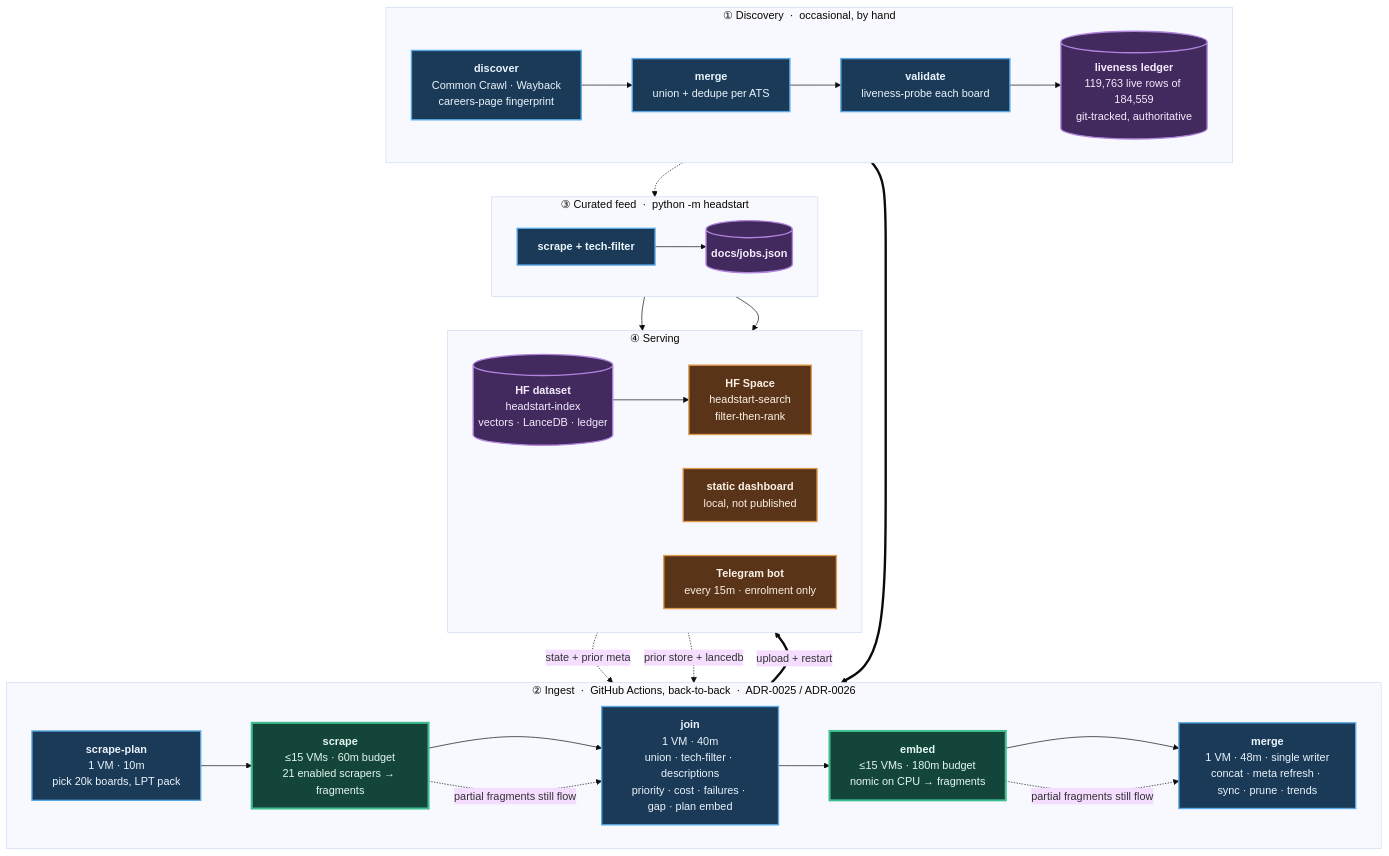
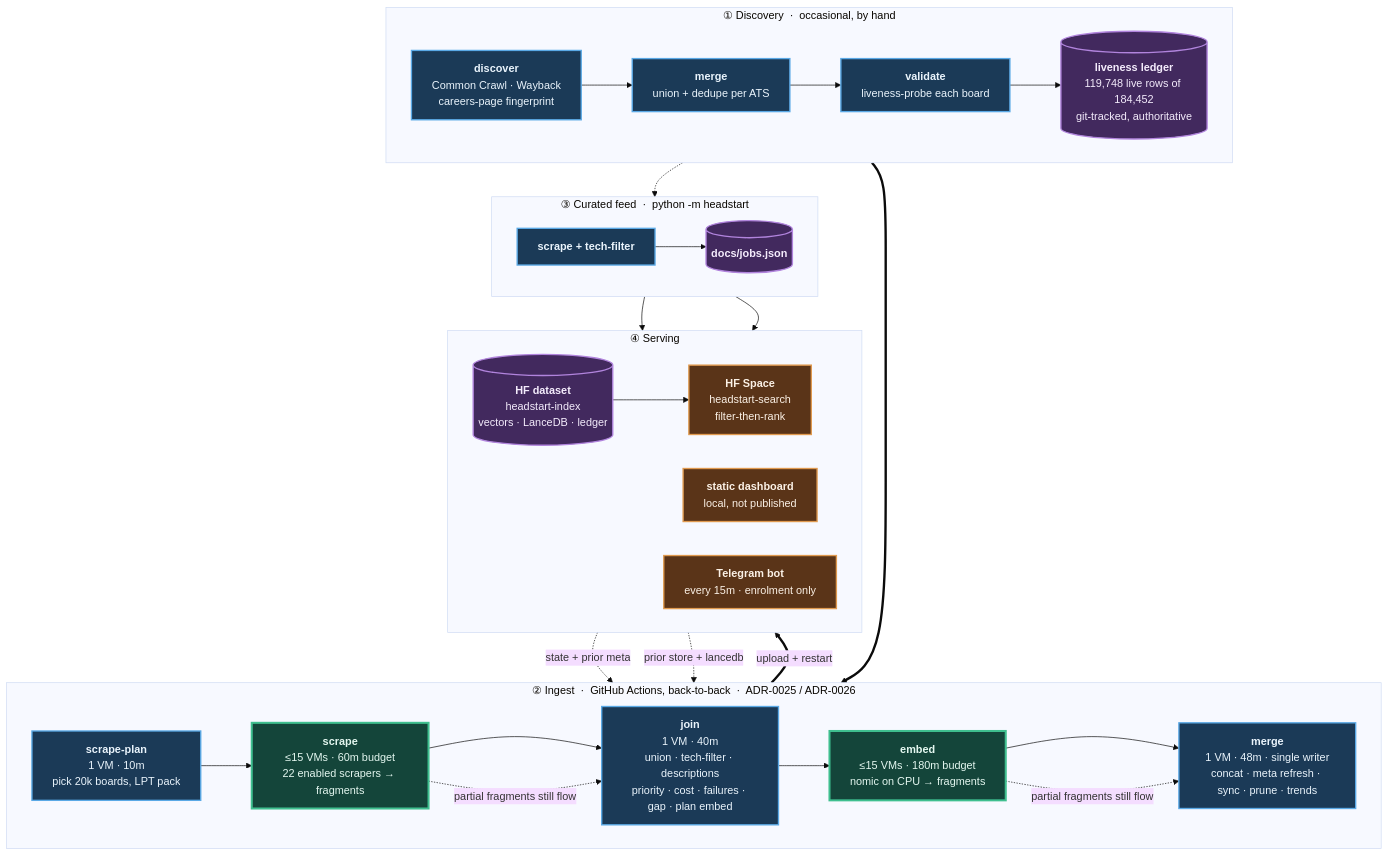
Before and after one commit to sarthakjain004/headstart: the diagram in README.md, drawn with Mermaid (base theme). The commit also changed other lines of this file and 9 other files, not shown here.

````diff
--- a/README.md
+++ b/README.md
@@ -84,56 +84,56 @@
 ```mermaid
 flowchart TB
     subgraph D["① Discovery &nbsp;·&nbsp; occasional, by hand"]
         direction LR
         D1["<b>discover</b><br/>Common Crawl · Wayback<br/>careers-page fingerprint"]
         D2["<b>merge</b><br/>union + dedupe per ATS"]
         D3["<b>validate</b><br/>liveness-probe each board"]
-        D4[("<b>liveness ledger</b><br/>119,763 live rows of 184,559<br/>git-tracked, authoritative")]
+        D4[("<b>liveness ledger</b><br/>119,748 live rows of 184,452<br/>git-tracked, authoritative")]
         D1 --> D2 --> D3 --> D4
     end
 
     subgraph P["② Ingest &nbsp;·&nbsp; GitHub Actions, back-to-back &nbsp;·&nbsp; ADR-0025 / ADR-0026"]
         direction LR
         P1["<b>scrape-plan</b><br/>1 VM · 10m<br/>pick 20k boards, LPT pack"]
-        P2["<b>scrape</b><br/>≤15 VMs · 60m budget<br/>21 enabled scrapers → fragments"]
+        P2["<b>scrape</b><br/>≤15 VMs · 60m budget<br/>22 enabled scrapers → fragments"]
         P3["<b>join</b><br/>1 VM · 40m<br/>union · tech-filter · descriptions<br/>priority · cost · failures · gap · plan embed"]
         P4["<b>embed</b><br/>≤15 VMs · 180m budget<br/>nomic on CPU → fragments"]
         P5["<b>merge</b><br/>1 VM · 48m · single writer<br/>concat · meta refresh · sync · prune · trends"]
         P1 --> P2 --> P3 --> P4 --> P5
     end
 
     subgraph F["③ Curated feed &nbsp;·&nbsp; python -m headstart"]
         direction LR
         F1["<b>scrape + tech-filter</b>"]
         F2[("<b>docs/jobs.json</b>")]
         F1 --> F2
     end
 
     subgraph S["④ Serving"]
         direction LR
         S1[("<b>HF dataset</b><br/>headstart-index<br/>vectors · LanceDB · ledger")]
         S2["<b>HF Space</b><br/>headstart-search<br/>filter-then-rank"]
         S3["<b>static dashboard</b><br/>local, not published"]
         S4["<b>Telegram bot</b><br/>every 15m · enrolment only"]
         S1 --> S2
     end
 
     D4 ==> P1
     S1 -. "state + prior meta" .-> P1
     S1 -. "prior store + lancedb" .-> P5
     D4 -.-> F1
     P5 ==>|"upload + restart"| S1
     F2 --> S3
     F2 --> S4
     P2 -. "partial fragments still flow" .-> P3
     P4 -. "partial fragments still flow" .-> P5
 
     classDef serial fill:#1b3a57,stroke:#5aa9e6,stroke-width:2px,color:#eaf4fc
     classDef fan fill:#14453a,stroke:#3fbf8f,stroke-width:3px,color:#e4f7f0
     classDef store fill:#42295e,stroke:#b184dd,stroke-width:2px,color:#f4ecfc
     classDef serve fill:#5a3418,stroke:#e09a4f,stroke-width:2px,color:#fbf1e6
     class D1,D2,D3,P1,P3,P5,F1 serial
     class P2,P4 fan
     class D4,F2,S1 store
     class S2,S3,S4 serve
 ```
````
